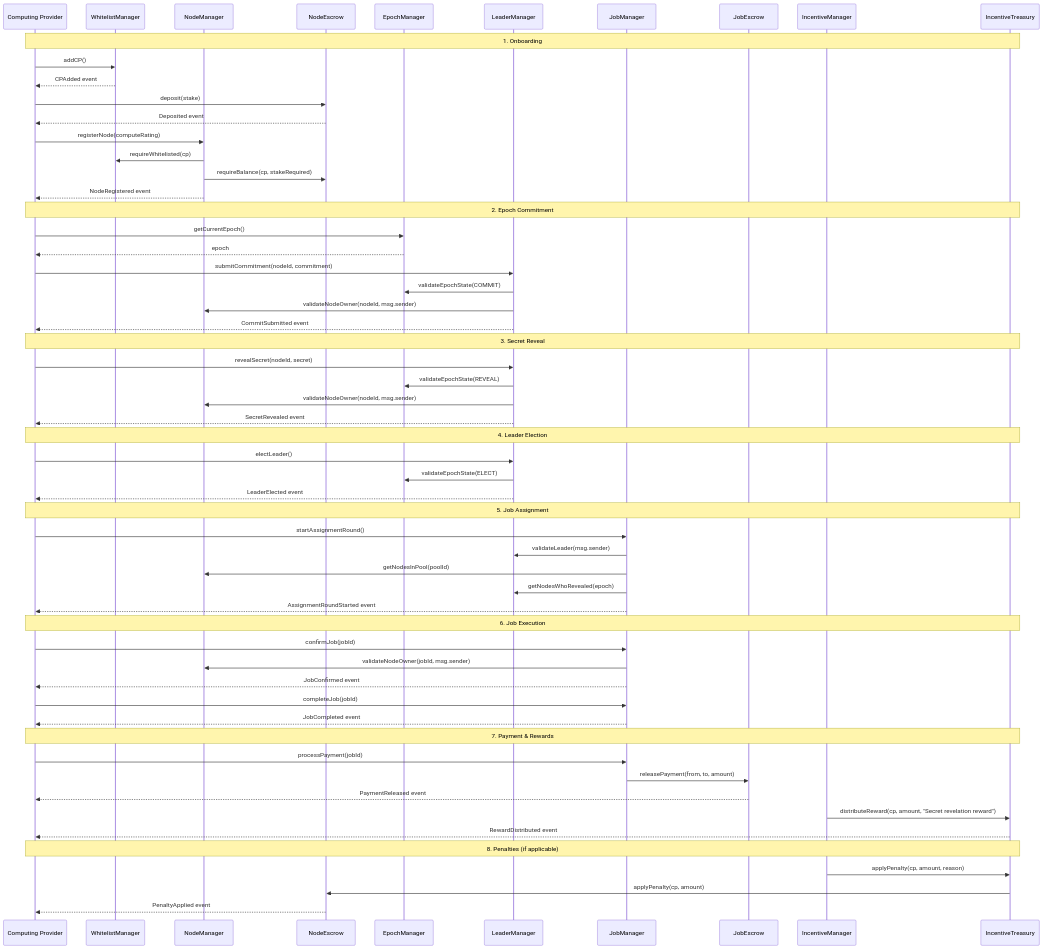
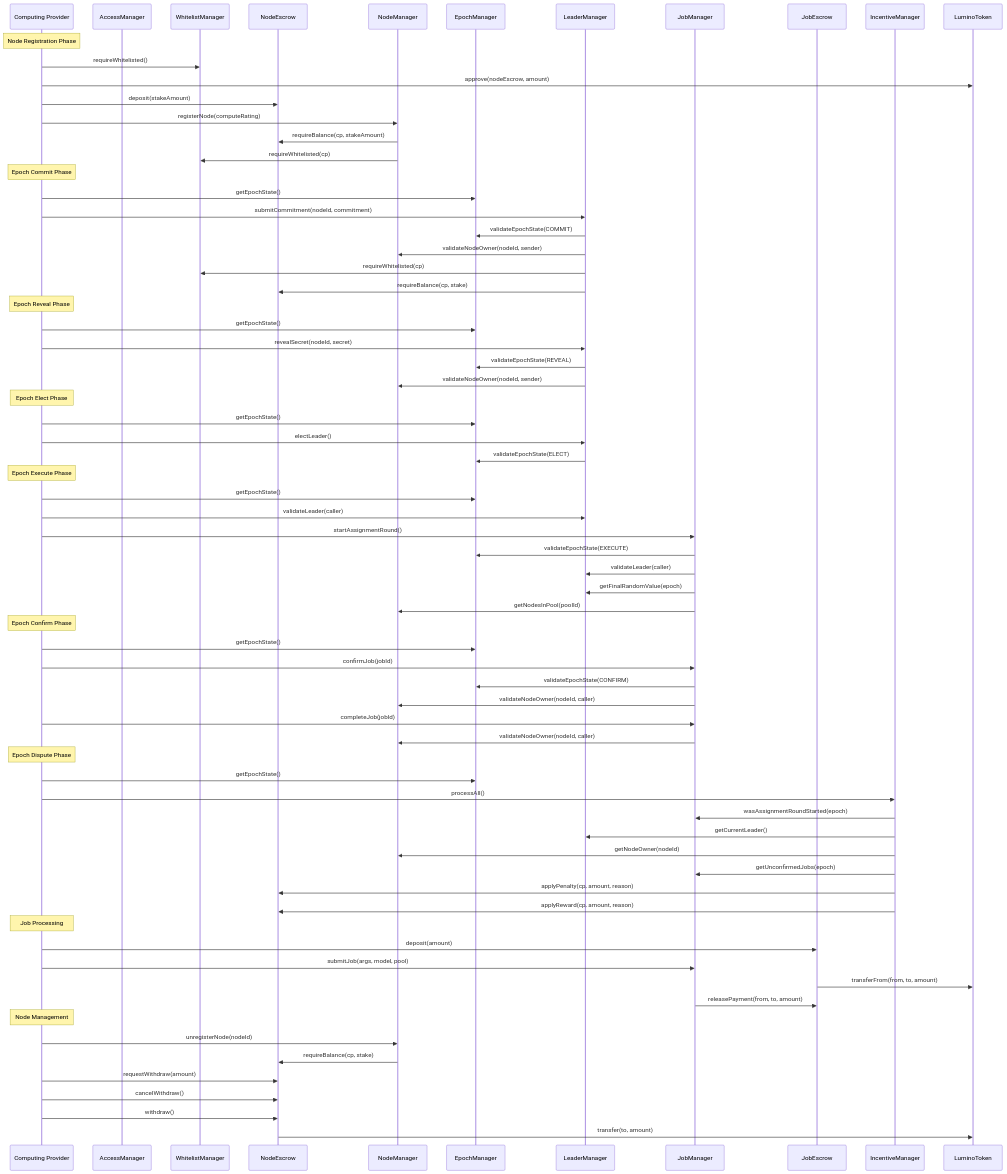
The diagram in docs/sequence.mermaid (luminolabs/contracts), drawn with Mermaid before and after one commit. The commit also changed 5 other files, not shown here.

```diff
--- a/docs/sequence.mermaid
+++ b/docs/sequence.mermaid
@@ -1,75 +1,80 @@
 sequenceDiagram
     participant CP as Computing Provider
+    participant AM as AccessManager
     participant WM as WhitelistManager
+    participant NE as NodeEscrow
     participant NM as NodeManager
-    participant NE as NodeEscrow
     participant EM as EpochManager
     participant LM as LeaderManager
     participant JM as JobManager
     participant JE as JobEscrow
     participant IM as IncentiveManager
-    participant IT as IncentiveTreasury
+    participant LT as LuminoToken
 
-%% Onboarding Phase
-    Note over CP,IT: 1. Onboarding
-    CP->>WM: addCP()
-    WM-->>CP: CPAdded event
-    CP->>NE: deposit(stake)
-    NE-->>CP: Deposited event
+    Note over CP: Node Registration Phase
+    CP->>WM: requireWhitelisted()
+    CP->>LT: approve(nodeEscrow, amount)
+    CP->>NE: deposit(stakeAmount)
     CP->>NM: registerNode(computeRating)
+    NM->>NE: requireBalance(cp, stakeAmount)
     NM->>WM: requireWhitelisted(cp)
-    NM->>NE: requireBalance(cp, stakeRequired)
-    NM-->>CP: NodeRegistered event
 
-%% Epoch Commitment Phase
-    Note over CP,IT: 2. Epoch Commitment
-    CP->>EM: getCurrentEpoch()
-    EM-->>CP: epoch
+    Note over CP: Epoch Commit Phase
+    CP->>EM: getEpochState()
     CP->>LM: submitCommitment(nodeId, commitment)
     LM->>EM: validateEpochState(COMMIT)
-    LM->>NM: validateNodeOwner(nodeId, msg.sender)
-    LM-->>CP: CommitSubmitted event
+    LM->>NM: validateNodeOwner(nodeId, sender)
+    LM->>WM: requireWhitelisted(cp)
+    LM->>NE: requireBalance(cp, stake)
 
-%% Secret Reveal Phase
-    Note over CP,IT: 3. Secret Reveal
+    Note over CP: Epoch Reveal Phase
+    CP->>EM: getEpochState()
     CP->>LM: revealSecret(nodeId, secret)
     LM->>EM: validateEpochState(REVEAL)
-    LM->>NM: validateNodeOwner(nodeId, msg.sender)
-    LM-->>CP: SecretRevealed event
+    LM->>NM: validateNodeOwner(nodeId, sender)
 
-%% Leader Election Phase
-    Note over CP,IT: 4. Leader Election
+    Note over CP: Epoch Elect Phase
+    CP->>EM: getEpochState()
     CP->>LM: electLeader()
     LM->>EM: validateEpochState(ELECT)
-    LM-->>CP: LeaderElected event
 
-%% Job Assignment Phase
-    Note over CP,IT: 5. Job Assignment
+    Note over CP: Epoch Execute Phase
+    CP->>EM: getEpochState()
+    CP->>LM: validateLeader(caller)
     CP->>JM: startAssignmentRound()
-    JM->>LM: validateLeader(msg.sender)
+    JM->>EM: validateEpochState(EXECUTE)
+    JM->>LM: validateLeader(caller)
+    JM->>LM: getFinalRandomValue(epoch)
     JM->>NM: getNodesInPool(poolId)
-    JM->>LM: getNodesWhoRevealed(epoch)
-    JM-->>CP: AssignmentRoundStarted event
 
-%% Job Execution Phase
-    Note over CP,IT: 6. Job Execution
+    Note over CP: Epoch Confirm Phase
+    CP->>EM: getEpochState()
     CP->>JM: confirmJob(jobId)
-    JM->>NM: validateNodeOwner(jobId, msg.sender)
-    JM-->>CP: JobConfirmed event
+    JM->>EM: validateEpochState(CONFIRM)
+    JM->>NM: validateNodeOwner(nodeId, caller)
     CP->>JM: completeJob(jobId)
-    JM-->>CP: JobCompleted event
+    JM->>NM: validateNodeOwner(nodeId, caller)
 
-%% Payment & Rewards Phase
-    Note over CP,IT: 7. Payment & Rewards
-    CP->>JM: processPayment(jobId)
+    Note over CP: Epoch Dispute Phase
+    CP->>EM: getEpochState()
+    CP->>IM: processAll()
+    IM->>JM: wasAssignmentRoundStarted(epoch)
+    IM->>LM: getCurrentLeader()
+    IM->>NM: getNodeOwner(nodeId)
+    IM->>JM: getUnconfirmedJobs(epoch)
+    IM->>NE: applyPenalty(cp, amount, reason)
+    IM->>NE: applyReward(cp, amount, reason)
+
+    Note over CP: Job Processing
+    CP->>JE: deposit(amount)
+    CP->>JM: submitJob(args, model, pool)
+    JE->>LT: transferFrom(from, to, amount)
     JM->>JE: releasePayment(from, to, amount)
-    JE-->>CP: PaymentReleased event
 
-    IM->>IT: distributeReward(cp, amount, "Secret revelation reward")
-    IT-->>CP: RewardDistributed event
-
-%% Penalties (if applicable)
-    Note over CP,IT: 8. Penalties (if applicable)
-    IM->>IT: applyPenalty(cp, amount, reason)
-    IT->>NE: applyPenalty(cp, amount)
-    NE-->>CP: PenaltyApplied event
+    Note over CP: Node Management
+    CP->>NM: unregisterNode(nodeId)
+    NM->>NE: requireBalance(cp, stake)
+    CP->>NE: requestWithdraw(amount)
+    CP->>NE: cancelWithdraw()
+    CP->>NE: withdraw()
+    NE->>LT: transfer(to, amount)
```
